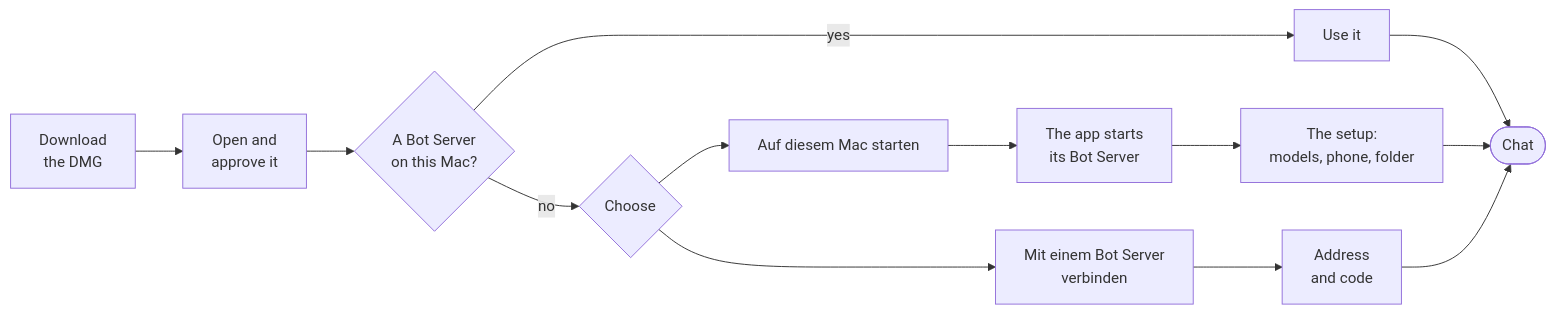
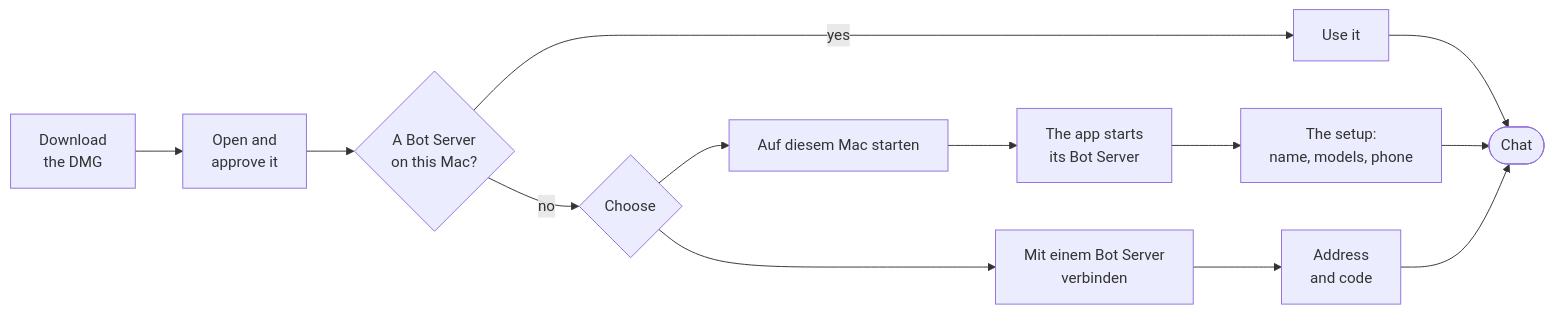
One commit to engenty/wizards-bot changed the diagram in docs/mac-app.md. Above: the diagram before and after it, drawn with Mermaid. The commit also changed other lines of this file and 23 other files, not shown here.

Commit message:
feat: a simpler first start on Petrol, in the Mac app, the setup and the iPhone app (#27)

````diff
--- a/docs/mac-app.md
+++ b/docs/mac-app.md
@@ -22,15 +22,15 @@
 ```mermaid
 flowchart LR
   dl[Download<br/>the DMG] --> open[Open and<br/>approve it]
   open --> found{A Bot Server<br/>on this Mac?}
   found -- yes --> use[Use it]
   found -- no --> choose{Choose}
   choose --> local[Auf diesem Mac starten]
   local --> start[The app starts<br/>its Bot Server]
-  start --> setup[The setup:<br/>models, phone, folder]
+  start --> setup[The setup:<br/>name, models, phone]
   choose --> remote[Mit einem Bot Server<br/>verbinden]
   remote --> code[Address<br/>and code]
   use --> chat([Chat])
   setup --> chat
   code --> chat
 ```
````
